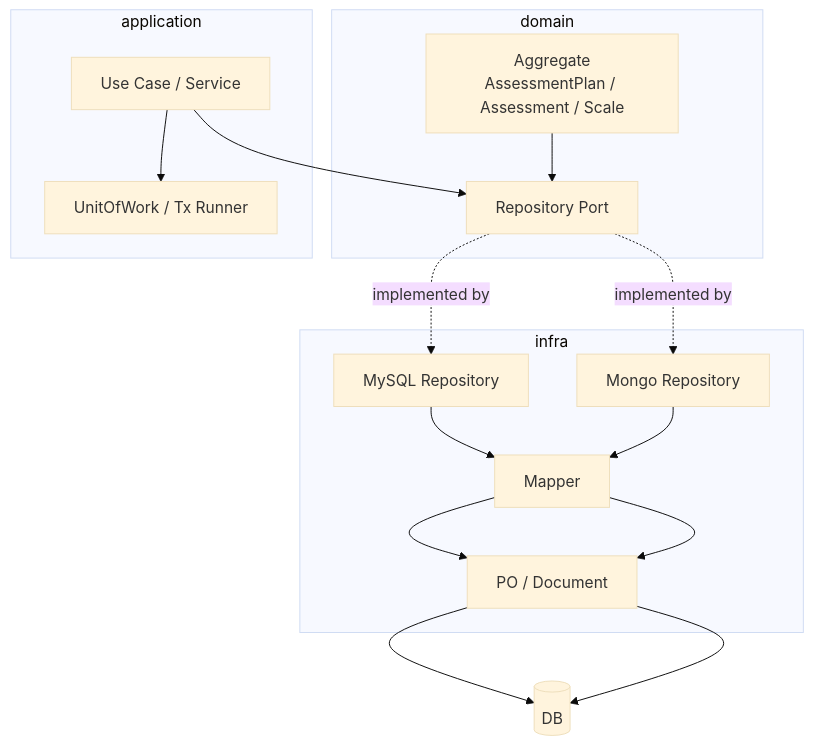
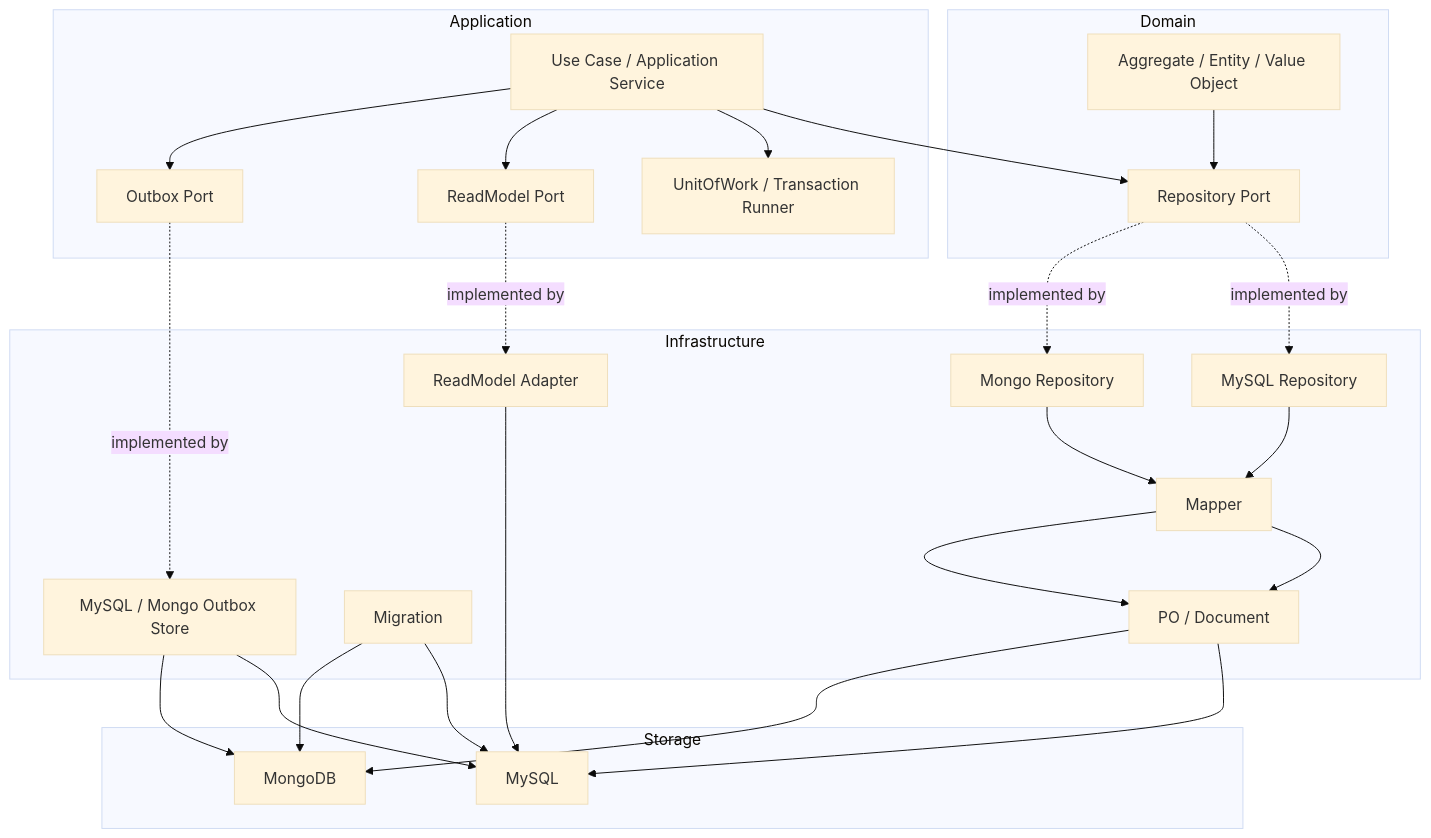
One commit to FangcunMount/qs-server changed the diagram in docs/03-基础设施/data-access/00-整体架构.md. Above: the diagram before and after it, drawn with Mermaid (base theme). The commit also changed other lines of this file and 6 other files, not shown here.

````diff
--- a/docs/03-基础设施/data-access/00-整体架构.md
+++ b/docs/03-基础设施/data-access/00-整体架构.md
@@ -16,26 +61,49 @@
 ```mermaid
 flowchart TB
-    subgraph Domain["domain"]
-        Agg["Aggregate<br/>AssessmentPlan / Assessment / Scale"]
-        RepoPort["Repository Port"]
+    subgraph Domain["Domain"]
+        aggregate["Aggregate / Entity / Value Object"]
+        port["Repository Port"]
     end
-    subgraph Application["application"]
-        UseCase["Use Case / Service"]
-        UOW["UnitOfWork / Tx Runner"]
+
+    subgraph Application["Application"]
+        service["Use Case / Application Service"]
+        uow["UnitOfWork / Transaction Runner"]
+        readPort["ReadModel Port"]
+        outboxPort["Outbox Port"]
     end
-    subgraph Infra["infra"]
-        MyRepo["MySQL Repository"]
-        MongoRepo["Mongo Repository"]
-        Mapper["Mapper"]
-        PO["PO / Document"]
+
+    subgraph Infra["Infrastructure"]
+        mysqlRepo["MySQL Repository"]
+        mongoRepo["Mongo Repository"]
+        mapper["Mapper"]
+        po["PO / Document"]
+        migration["Migration"]
+        readAdapter["ReadModel Adapter"]
+        outboxStore["MySQL / Mongo Outbox Store"]
     end
-    DB[("DB")]
 
-    UseCase --> RepoPort
-    UseCase --> UOW
-    RepoPort -. implemented by .-> MyRepo
-    RepoPort -. implemented by .-> MongoRepo
-    MyRepo --> Mapper --> PO --> DB
-    MongoRepo --> Mapper --> PO --> DB
-    Agg --> RepoPort
+    subgraph DB["Storage"]
+        mysql["MySQL"]
+        mongo["MongoDB"]
+    end
+
+    service --> port
+    service --> uow
+    service --> readPort
+    service --> outboxPort
+
+    port -. implemented by .-> mysqlRepo
+    port -. implemented by .-> mongoRepo
+    readPort -. implemented by .-> readAdapter
+    outboxPort -. implemented by .-> outboxStore
+
+    mysqlRepo --> mapper --> po --> mysql
+    mongoRepo --> mapper --> po --> mongo
+    readAdapter --> mysql
+    outboxStore --> mysql
+    outboxStore --> mongo
+    migration --> mysql
+    migration --> mongo
+
+    aggregate --> port
 ```
````
